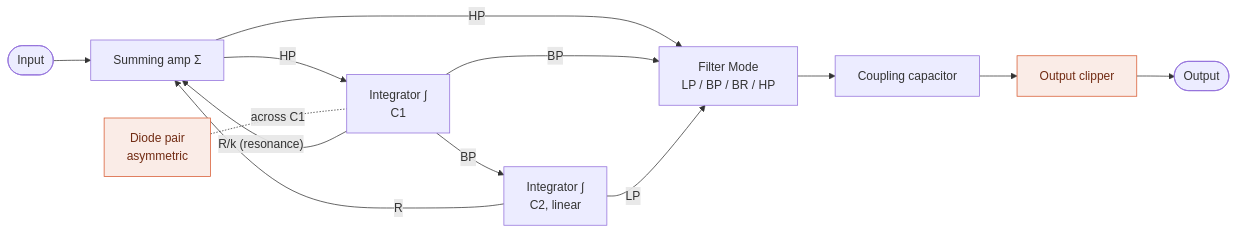
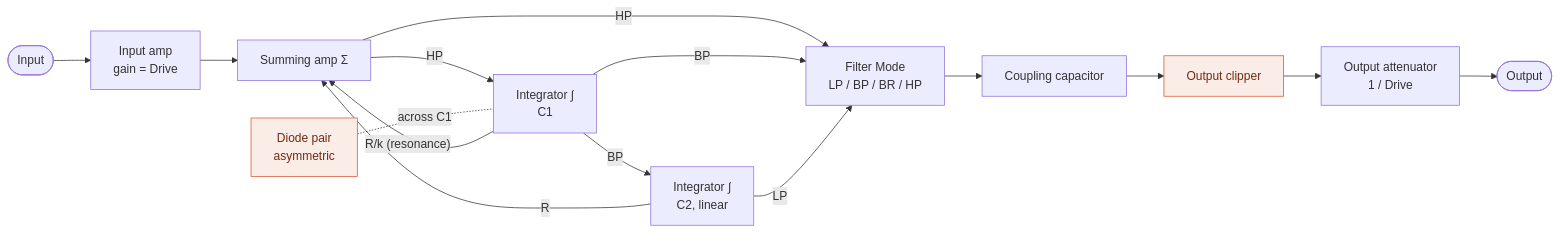
The third of 9 diagrams in PRA32-U2-Block-Diagrams.md (risgk/digital-synth-pra32-u2), drawn with Mermaid before and after one commit. The commit also changed other lines of this file and 17 other files, not shown here.

````diff
--- a/PRA32-U2-Block-Diagrams.md
+++ b/PRA32-U2-Block-Diagrams.md
@@ -101,17 +106,19 @@
 ```mermaid
 flowchart LR
-    IN([Input]) --> A1["Summing amp Σ"]
+    IN([Input]) --> IA["Input amp<br/>gain = Drive"]
+    IA --> A1["Summing amp Σ"]
     A1 -->|HP| A2["Integrator ∫<br/>C1"]
     D["Diode pair<br/>asymmetric"] -.-|across C1| A2
     A2 -->|BP| A3["Integrator ∫<br/>C2, linear"]
     A1 -->|HP| MS["Filter Mode<br/>LP / BP / BR / HP"]
     A2 -->|BP| MS
     A3 -->|LP| MS
     MS --> CC["Coupling capacitor"]
     CC --> LIM["Output clipper"]
-    LIM --> OUT([Output])
+    LIM --> OA["Output attenuator<br/>1 / Drive"]
+    OA --> OUT([Output])
     A2 -->|"R/k (resonance)"| A1
     A3 -->|R| A1
     classDef nl fill:#FAECE7,stroke:#D85A30,color:#712B13
     class D,LIM nl
 ```
````
